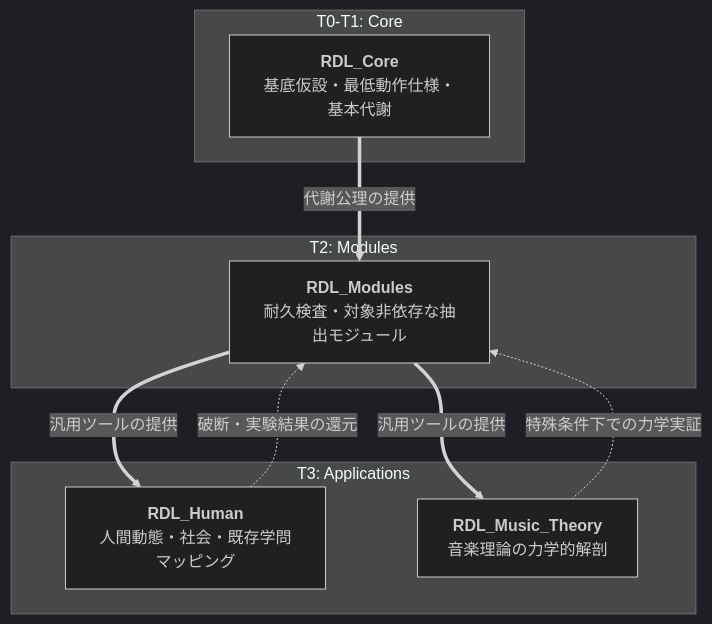
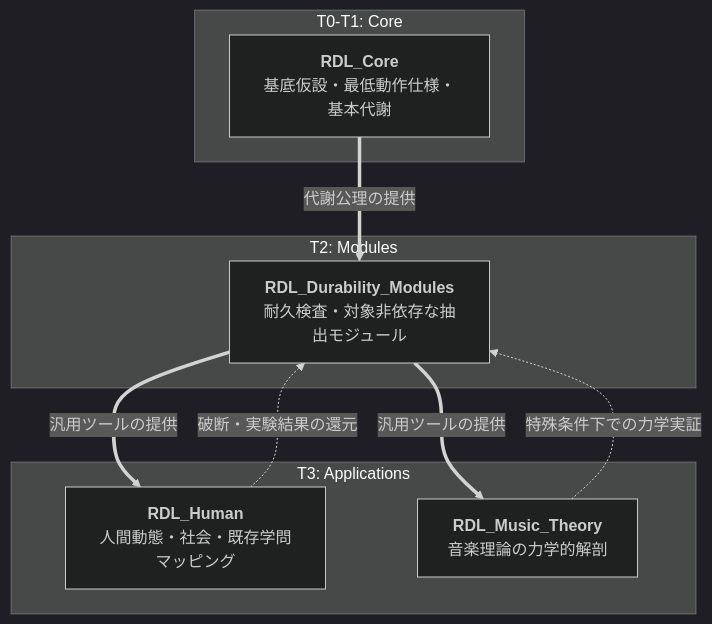
The diagram in profile/README.md (Aporapeiron/.github), drawn with Mermaid (dark theme) before and after one commit. The commit also changed other lines of this file, not shown here.

Commit message:
docs: update repository name to RDL_Durability_Modules

````diff
--- a/profile/README.md
+++ b/profile/README.md
@@ -17,20 +17,20 @@
 ```mermaid
 graph TD
     subgraph T0-T1: Core
         C[<b>RDL_Core</b><br>基底仮設・最低動作仕様・基本代謝] 
     end
 
     subgraph T2: Modules
-        M[<b>RDL_Modules</b><br>耐久検査・対象非依存な抽出モジュール]
+        M[<b>RDL_Durability_Modules</b><br>耐久検査・対象非依存な抽出モジュール]
     end
 
     subgraph T3: Applications
         H[<b>RDL_Human</b><br>人間動態・社会・既存学問マッピング]
         Music[<b>RDL_Music_Theory</b><br>音楽理論の力学的解剖]
     end
 
     C ==>|代謝公理の提供| M
     M ==>|汎用ツールの提供| H & Music
     H -.->|破断・実験結果の還元| M
     Music -.->|特殊条件下での力学実証| M
 ```
````
